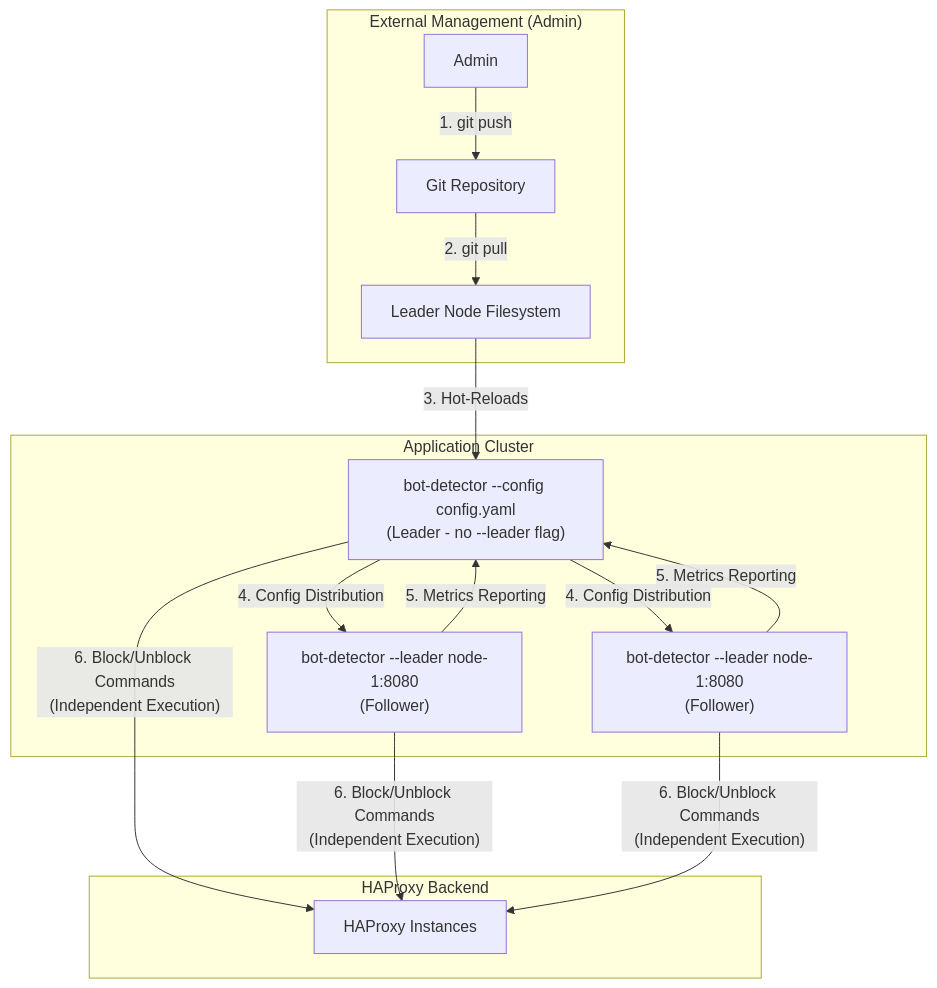
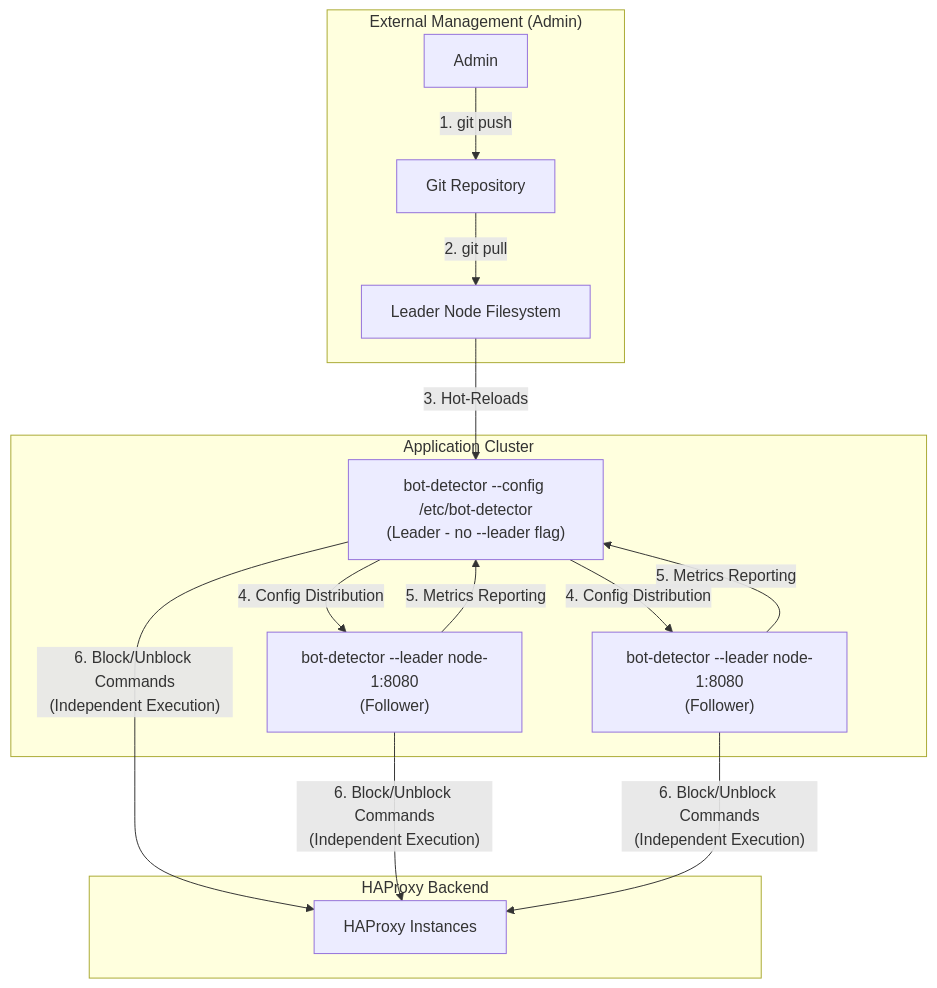
The first of 3 diagrams in docs/ClusterConfiguration.md (metabrainz/bot-detector), drawn with Mermaid before and after one commit. The commit also changed other lines of this file and 2 other files, not shown here.

Commit message:
docs: Update all --config examples to use directory paths
Update documentation to consistently use directory paths for --config
instead of file paths, aligning with the new preferred usage:

Changes:
- Docker.md: Change --config "config/config.yaml" to --config "config"
  - Updated explanation text to clarify directory requirement
  - Updated docker exec example for --check command
- ClusterConfiguration.md: Update examples from config.yaml to /etc/bot-detector
  - Updated mermaid diagram
  - Updated command-line examples
- Persistence.md: Change --config config.yaml to --config /etc/bot-detector

All examples now demonstrate the preferred directory-based approach while
maintaining backward compatibility with file paths ending in config.yaml.

🤖 Generated with [Claude Code](https://claude.com/claude-code)

````diff
--- a/docs/ClusterConfiguration.md
+++ b/docs/ClusterConfiguration.md
@@ -25,24 +25,24 @@
 ```mermaid
 graph TD
     subgraph "External Management (Admin)"
         A["Git Repository"]
         B["Admin"]
         B -- "1. git push" --> A
         A -- "2. git pull" --> C["Leader Node Filesystem"]
     end
 
     subgraph "Application Cluster"
-        D["bot-detector --config config.yaml<br/>(Leader - no --leader flag)"]
+        D["bot-detector --config /etc/bot-detector<br/>(Leader - no --leader flag)"]
         E["bot-detector --leader node-1:8080<br/>(Follower)"]
         F["bot-detector --leader node-1:8080<br/>(Follower)"]
 
         C -- "3. Hot-Reloads" --> D
         D -- "4. Config Distribution" --> E & F
         E & F -- "5. Metrics Reporting" --> D
     end
 
     subgraph "HAProxy Backend"
         G["HAProxy Instances"]
         D & E & F -- "6. Block/Unblock Commands<br/>(Independent Execution)" --> G
     end
 ```
````
